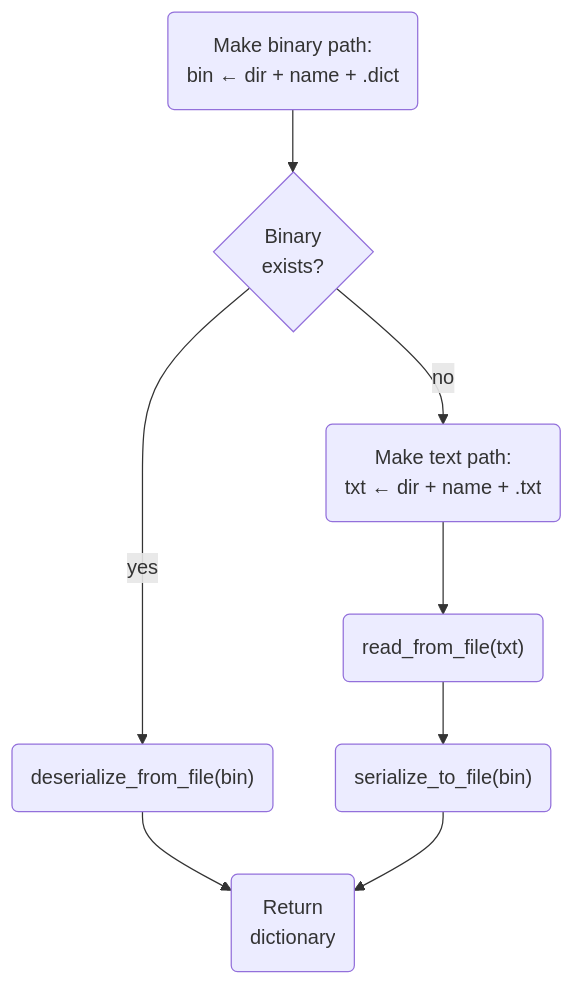
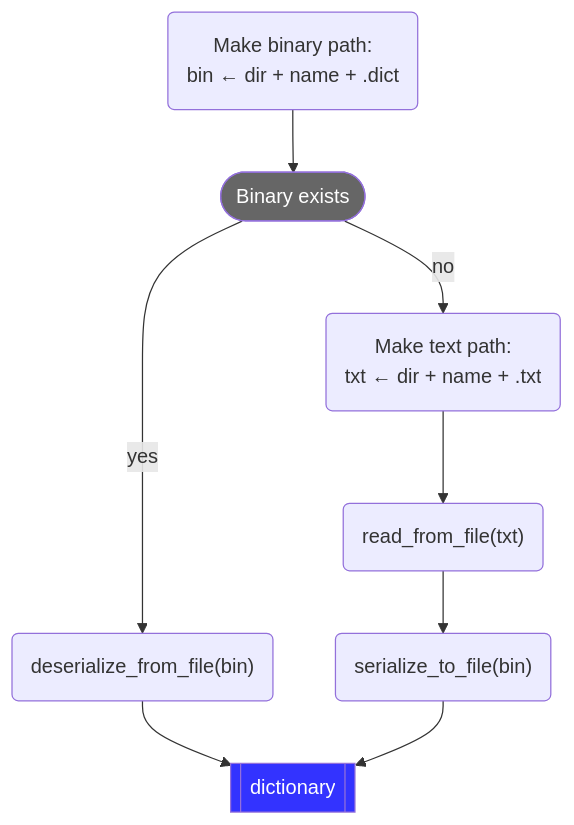
The second of 5 diagrams in blog/README.md (xebia-functional/quartiles-solver), drawn with Mermaid before and after one commit. The commit also changed other lines of this file and 1 other file, not shown here.

````diff
--- a/blog/README.md
+++ b/blog/README.md
@@ -577,18 +577,25 @@
 ```mermaid
 flowchart TB
 	make_binary_path("Make binary path:\nbin ← dir + name + .dict")
-	exists{Binary\nexists?}
+	exists([Binary exists])
 	read_binary("deserialize_from_file(bin)")
-	make_text_path("Make text path:\ntxt ← dir + name + .txt")
+	make_text_path("Make text path:
+	txt ← dir + name + .txt")
 	read_text("read_from_file(txt)")
 	write_binary("serialize_to_file(bin)")
-	return(Return\ndictionary)
+	return[[dictionary]]
+
+	classDef test fill:#666666,color:#ffffff
+	class exists test
+
+	classDef return fill:#3333ff,color:#ffffff
+	class return return
 
 	make_binary_path --> exists
 
 	exists -- yes --> read_binary
 	exists -- no --> make_text_path
 
 	read_binary --> return
 	make_text_path --> read_text --> write_binary --> return
 ```
````
